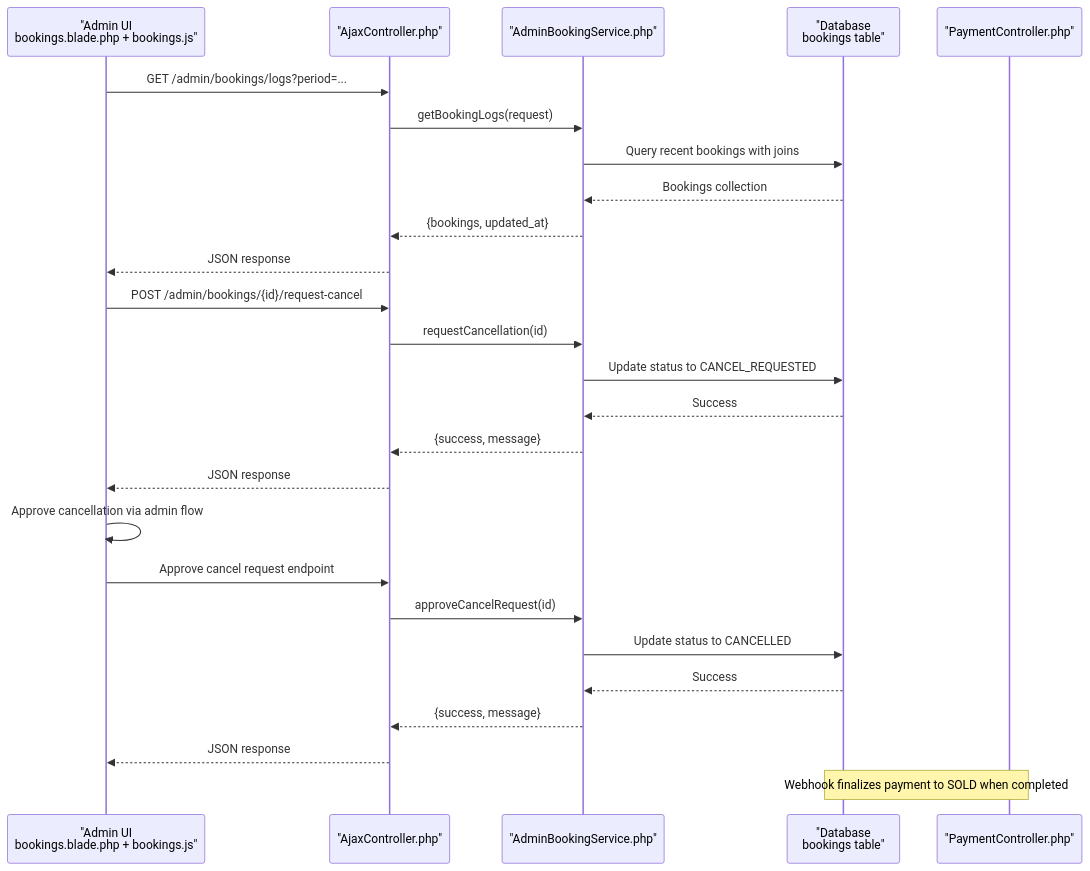
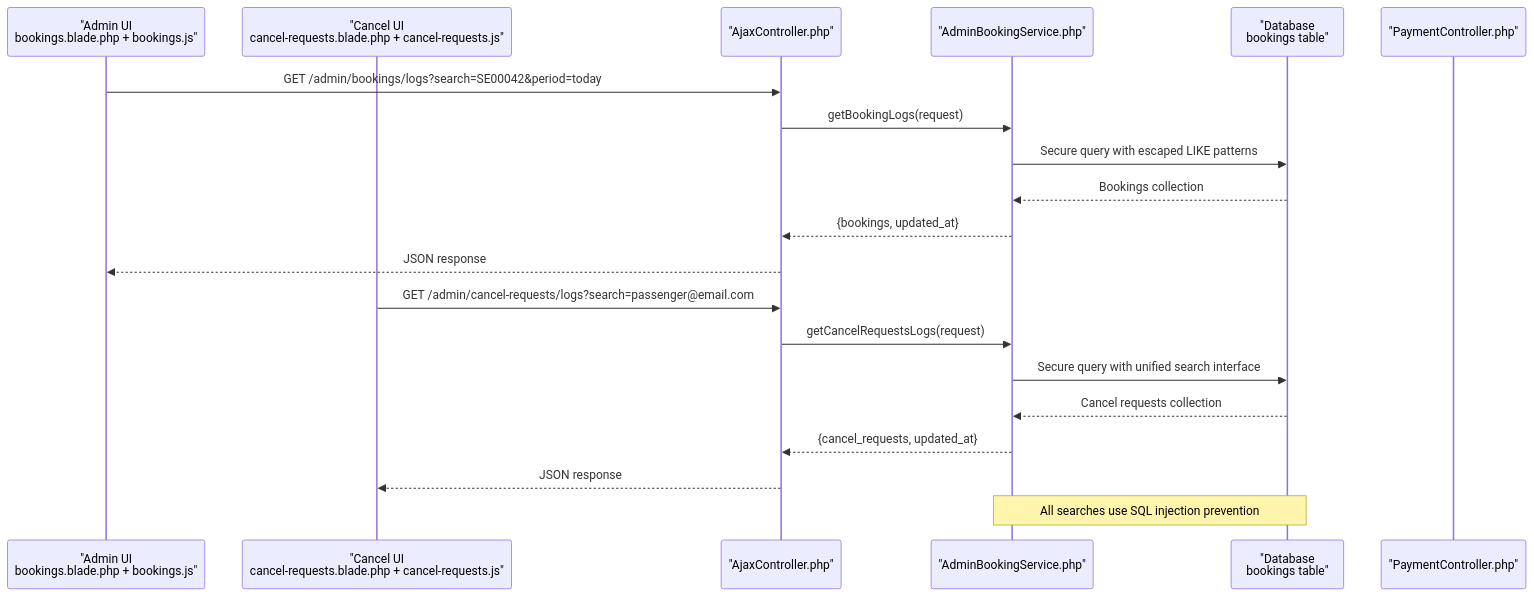
One commit to mahbub095/bus-app changed the second of 9 diagrams in .qoder/repowiki/en/content/Administrative Dashboard/Booking Management & Oversight/Booking Management & Oversight.md. Above: the diagram before and after it, drawn with Mermaid. The commit also changed other lines of this file and 119 other files, not shown here.

````diff
--- a/.qoder/repowiki/en/content/Administrative Dashboard/Booking Management & Oversight/Booking Management & Oversight.md
+++ b/.qoder/repowiki/en/content/Administrative Dashboard/Booking Management & Oversight/Booking Management & Oversight.md
@@ -145,28 +167,22 @@
 ```mermaid
 sequenceDiagram
 participant AdminUI as "Admin UI<br/>bookings.blade.php + bookings.js"
+participant CancelUI as "Cancel UI<br/>cancel-requests.blade.php + cancel-requests.js"
 participant AjaxC as "AjaxController.php"
 participant AdminSvc as "AdminBookingService.php"
 participant DB as "Database<br/>bookings table"
 participant PayC as "PaymentController.php"
-AdminUI->>AjaxC : GET /admin/bookings/logs?period=...
+AdminUI->>AjaxC : GET /admin/bookings/logs?search=SE00042&period=today
 AjaxC->>AdminSvc : getBookingLogs(request)
-AdminSvc->>DB : Query recent bookings with joins
+AdminSvc->>DB : Secure query with escaped LIKE patterns
 DB-->>AdminSvc : Bookings collection
 AdminSvc-->>AjaxC : {bookings, updated_at}
 AjaxC-->>AdminUI : JSON response
-AdminUI->>AjaxC : POST /admin/bookings/{id}/request-cancel
-AjaxC->>AdminSvc : requestCancellation(id)
-AdminSvc->>DB : Update status to CANCEL_REQUESTED
-DB-->>AdminSvc : Success
-AdminSvc-->>AjaxC : {success, message}
-AjaxC-->>AdminUI : JSON response
-AdminUI->>AdminUI : Approve cancellation via admin flow
-AdminUI->>AjaxC : Approve cancel request endpoint
-AjaxC->>AdminSvc : approveCancelRequest(id)
-AdminSvc->>DB : Update status to CANCELLED
-DB-->>AdminSvc : Success
-AdminSvc-->>AjaxC : {success, message}
-AjaxC-->>AdminUI : JSON response
-Note over PayC,DB : Webhook finalizes payment to SOLD when completed
+CancelUI->>AjaxC : GET /admin/cancel-requests/logs?search=passenger@email.com
+AjaxC->>AdminSvc : getCancelRequestsLogs(request)
+AdminSvc->>DB : Secure query with unified search interface
+DB-->>AdminSvc : Cancel requests collection
+AdminSvc-->>AjaxC : {cancel_requests, updated_at}
+AjaxC-->>CancelUI : JSON response
+Note over AdminSvc,DB : All searches use SQL injection prevention
 ```
````
